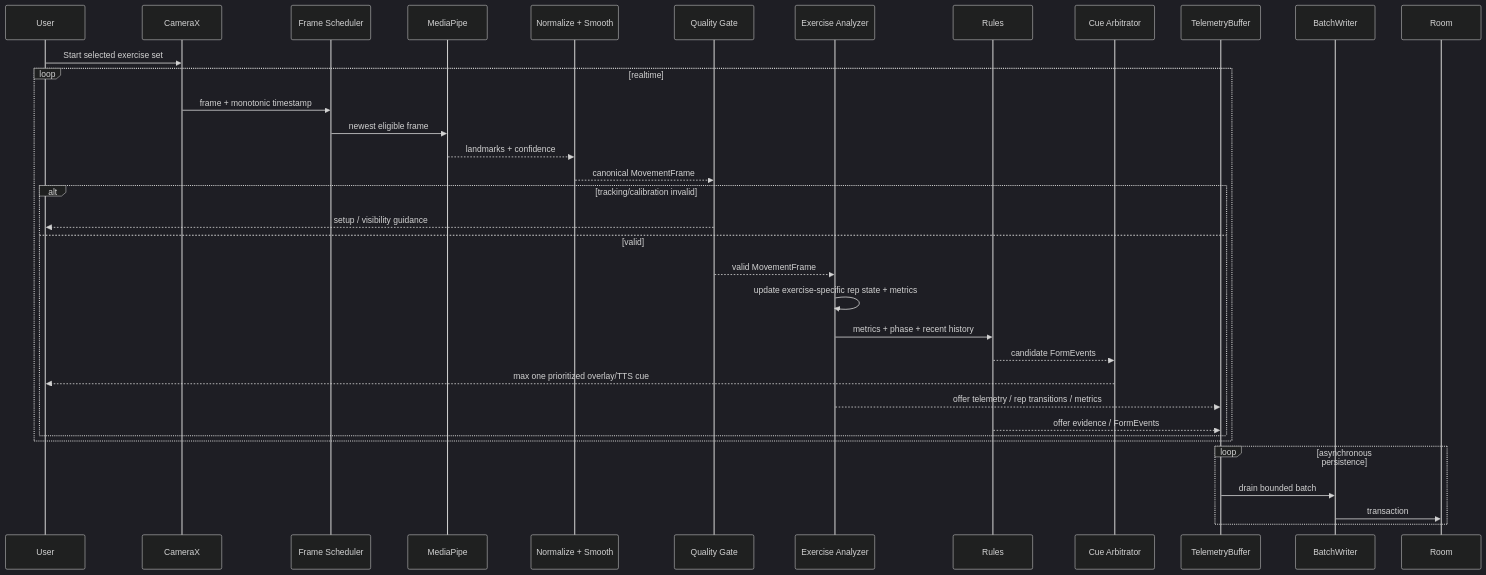
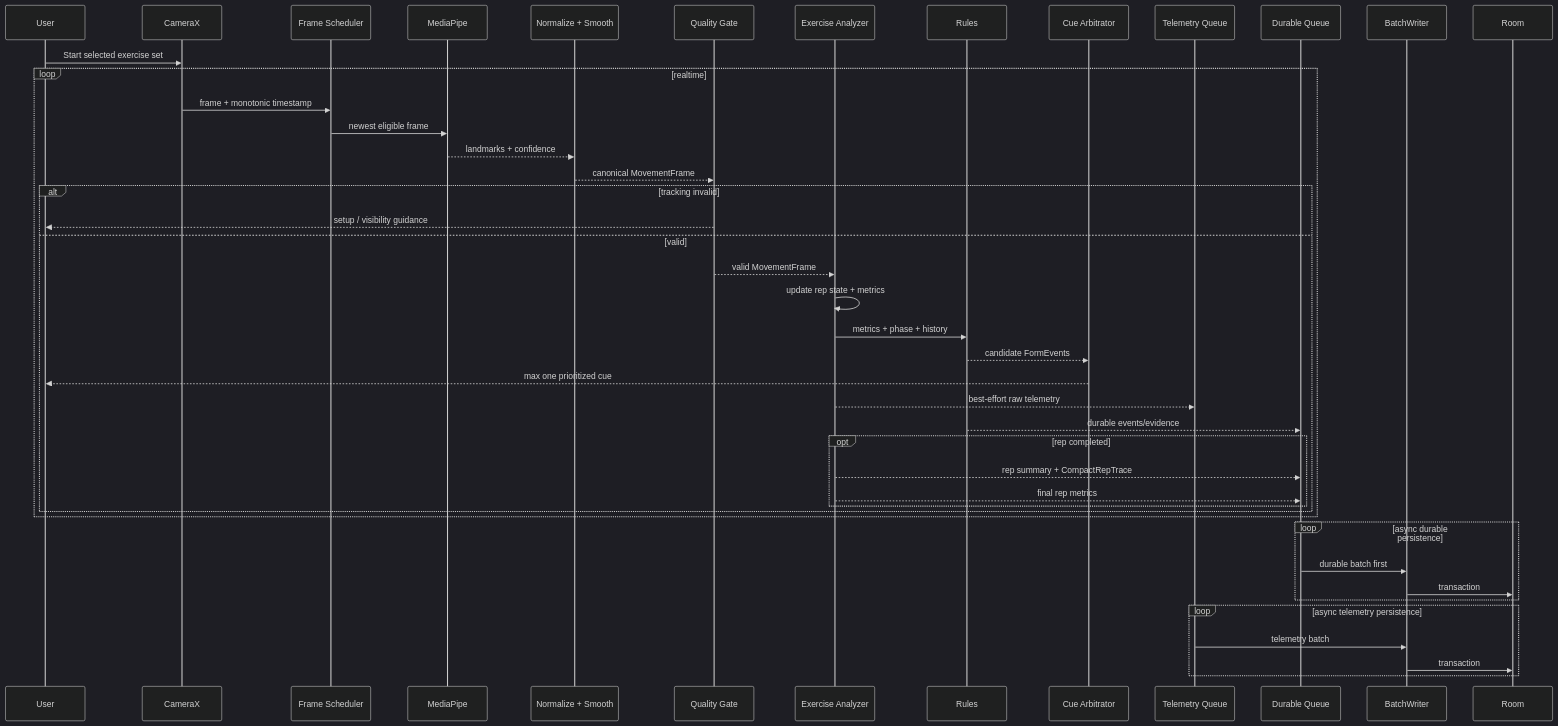
One commit to lazerta/gym-buddy changed the fourth of 7 diagrams in docs/uml/OVERVIEW.md. Above: the diagram before and after it, drawn with Mermaid (dark theme). The commit also changed other lines of this file, not shown here.

Commit message:
UML v0.5: sync overview with second-review fixes

````diff
--- a/docs/uml/OVERVIEW.md
+++ b/docs/uml/OVERVIEW.md
@@ -229,39 +231,48 @@
 ```mermaid
 sequenceDiagram
     participant U as User
     participant C as CameraX
     participant F as Frame Scheduler
     participant P as MediaPipe
     participant N as Normalize + Smooth
     participant G as Quality Gate
     participant A as Exercise Analyzer
     participant R as Rules
     participant Q as Cue Arbitrator
-    participant B as TelemetryBuffer
+    participant T as Telemetry Queue
+    participant D as Durable Queue
     participant W as BatchWriter
     participant DB as Room
 
     U->>C: Start selected exercise set
     loop realtime
       C->>F: frame + monotonic timestamp
       F->>P: newest eligible frame
       P-->>N: landmarks + confidence
       N-->>G: canonical MovementFrame
-      alt tracking/calibration invalid
+      alt tracking invalid
         G-->>U: setup / visibility guidance
       else valid
         G-->>A: valid MovementFrame
-        A->>A: update exercise-specific rep state + metrics
-        A->>R: metrics + phase + recent history
+        A->>A: update rep state + metrics
+        A->>R: metrics + phase + history
         R-->>Q: candidate FormEvents
-        Q-->>U: max one prioritized overlay/TTS cue
-        A-->>B: offer telemetry / rep transitions / metrics
-        R-->>B: offer evidence / FormEvents
+        Q-->>U: max one prioritized cue
+        A-->>T: best-effort raw telemetry
+        R-->>D: durable events/evidence
+        opt rep completed
+          A-->>D: rep summary + CompactRepTrace
+          A-->>D: final rep metrics
+        end
       end
     end
 
-    loop asynchronous persistence
-      B->>W: drain bounded batch
+    loop async durable persistence
+      D->>W: durable batch first
+      W->>DB: transaction
+    end
+    loop async telemetry persistence
+      T->>W: telemetry batch
       W->>DB: transaction
     end
 ```
````
